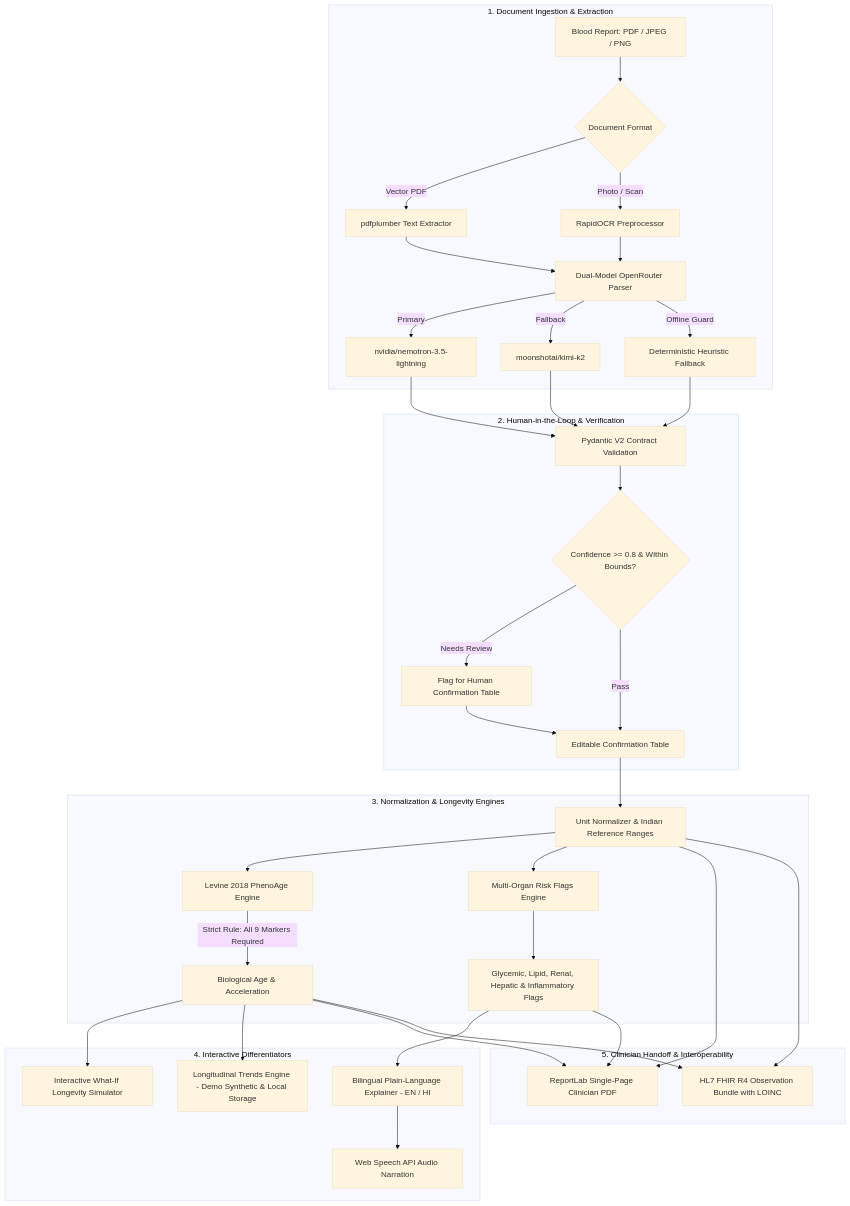
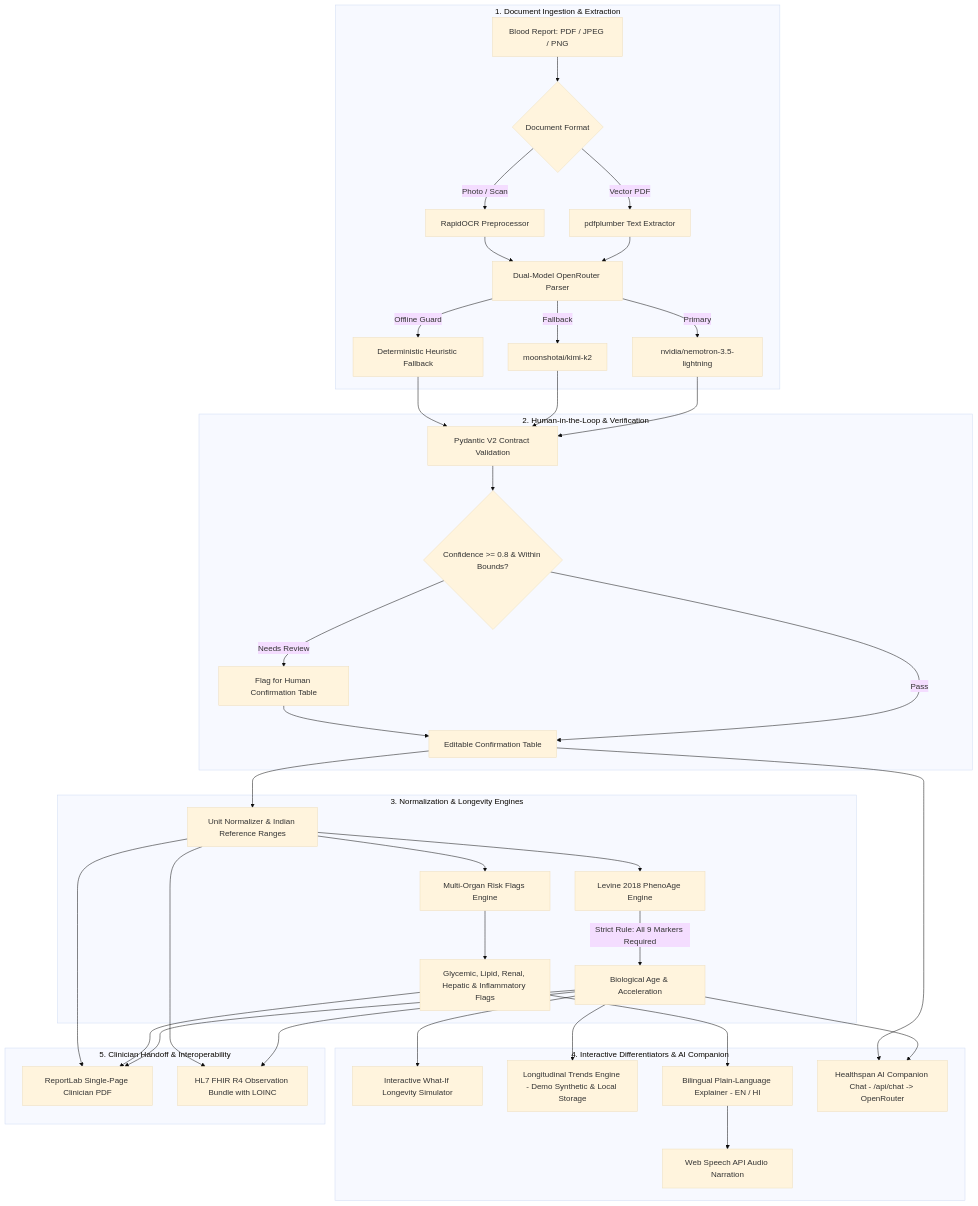
Before and after one commit to SanchitKRai/Healthspan-Passport: the diagram in README.md, drawn with Mermaid (base theme). The commit also changed other lines of this file and 2 other files, not shown here.

Commit message:
docs(sync): update README for AI companion and 34 tests and add audit notices to historical plans

````diff
--- a/README.md
+++ b/README.md
@@ -15,43 +15,44 @@
 ```mermaid
 flowchart TD
     subgraph INGESTION["1. Document Ingestion & Extraction"]
         A[Blood Report: PDF / JPEG / PNG] --> B{Document Format}
         B -->|Vector PDF| C[pdfplumber Text Extractor]
         B -->|Photo / Scan| D[RapidOCR Preprocessor]
         C --> E[Dual-Model OpenRouter Parser]
         D --> E
         E -->|Primary| F[nvidia/nemotron-3.5-lightning]
         E -->|Fallback| G[moonshotai/kimi-k2]
         E -->|Offline Guard| H[Deterministic Heuristic Fallback]
     end
 
     subgraph SAFETY["2. Human-in-the-Loop & Verification"]
         F --> I[Pydantic V2 Contract Validation]
         G --> I
         H --> I
         I --> J{Confidence >= 0.8 & Within Bounds?}
         J -->|Needs Review| K[Flag for Human Confirmation Table]
         J -->|Pass| L[Editable Confirmation Table]
         K --> L
     end
 
     subgraph ENGINES["3. Normalization & Longevity Engines"]
         L --> M[Unit Normalizer & Indian Reference Ranges]
         M --> N[Levine 2018 PhenoAge Engine]
         M --> O[Multi-Organ Risk Flags Engine]
         N -->|Strict Rule: All 9 Markers Required| P[Biological Age & Acceleration]
         O --> Q[Glycemic, Lipid, Renal, Hepatic & Inflammatory Flags]
     end
 
-    subgraph DIFFERENTIATORS["4. Interactive Differentiators"]
+    subgraph DIFFERENTIATORS["4. Interactive Differentiators & AI Companion"]
         P --> R[Interactive What-If Longevity Simulator]
         P --> S[Longitudinal Trends Engine - Demo Synthetic & Local Storage]
         Q --> T[Bilingual Plain-Language Explainer - EN / HI]
         T --> U[Web Speech API Audio Narration]
+        P & L --> X[Healthspan AI Companion Chat - /api/chat -> OpenRouter]
     end
 
     subgraph HANDOFF["5. Clinician Handoff & Interoperability"]
         P & Q & M --> V[ReportLab Single-Page Clinician PDF]
         P & M --> W[HL7 FHIR R4 Observation Bundle with LOINC]
     end
 ```
````
